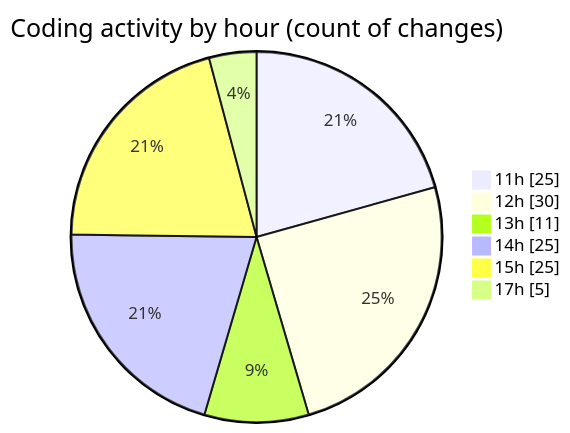
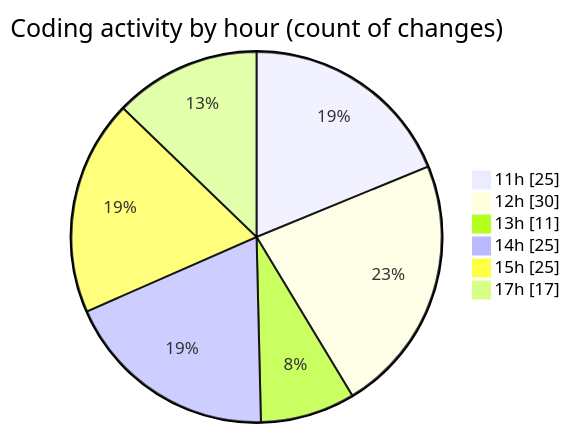
One commit to nxtqubesakshisongat/code-tracking changed the second of 2 diagrams in 2025-08-13/nxtqube_webapp/README.md. Above: the diagram before and after it, drawn with Mermaid. The commit also changed other lines of this file and 1 other file, not shown here.

````diff
--- a/2025-08-13/nxtqube_webapp/README.md
+++ b/2025-08-13/nxtqube_webapp/README.md
@@ -35,10 +35,10 @@
 ```mermaid
 pie showData
 title Coding activity by hour (count of changes)
 "11h" : 25
 "12h" : 30
 "13h" : 11
 "14h" : 25
 "15h" : 25
-"17h" : 5
+"17h" : 17
 ```
````
